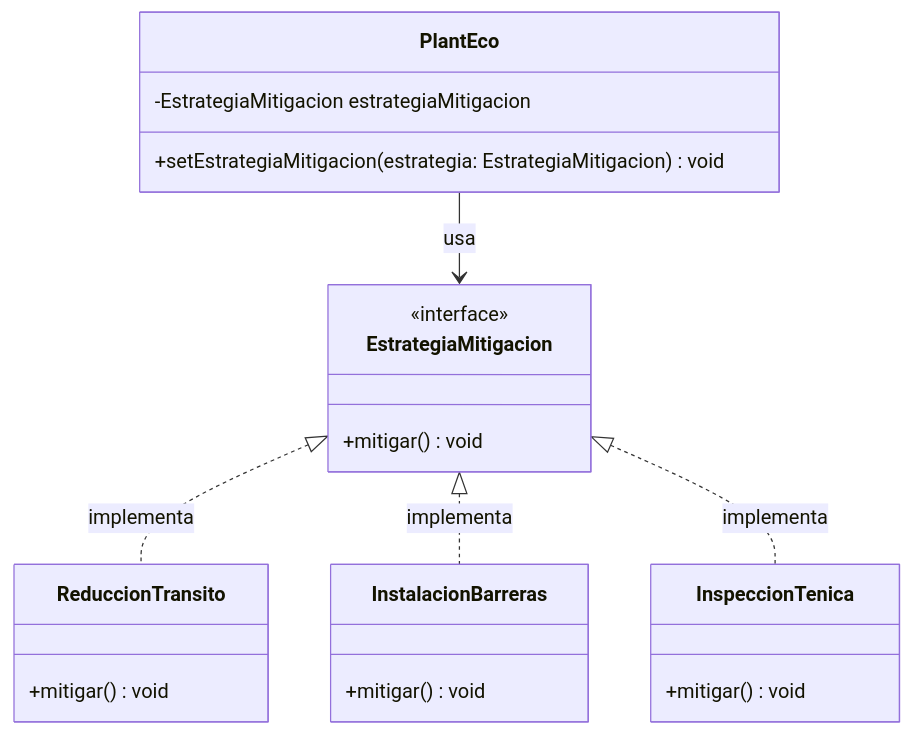
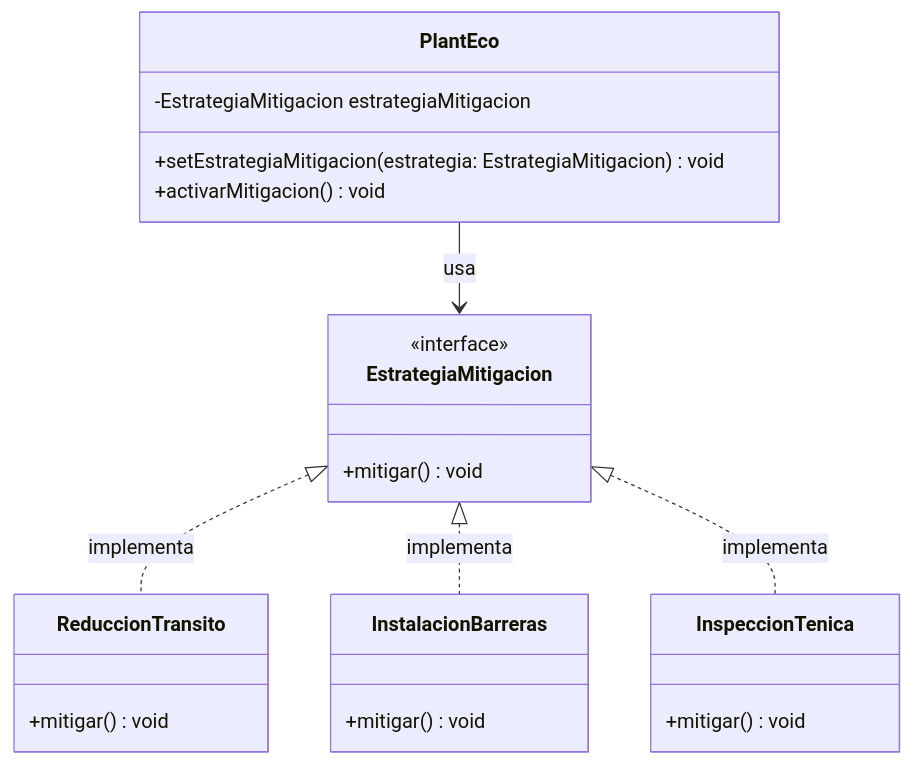
One commit to ElianDFernandez/UNLP-APU changed the diagram in 3°Año/1°Semestre/OO2/Parciales/Parcial-1/Resolucion(strategy).md. Above: the diagram before and after it, drawn with Mermaid. The commit also changed 5 other files, not shown here.

````diff
--- a/3°Año/1°Semestre/OO2/Parciales/Parcial-1/Resolucion(strategy).md
+++ b/3°Año/1°Semestre/OO2/Parciales/Parcial-1/Resolucion(strategy).md
@@ -14,29 +14,30 @@
 ```mermaid
 classDiagram
     class PlantEco {
         -EstrategiaMitigacion estrategiaMitigacion
         +setEstrategiaMitigacion(estrategia: EstrategiaMitigacion) void
+        +activarMitigacion() void
     }
 
     class EstrategiaMitigacion {
         <<interface>>
         +mitigar() void
     }
 
     class ReduccionTransito {
         +mitigar() void
     }
 
     class InstalacionBarreras {
         +mitigar() void
     }
 
     class InspeccionTenica {
         +mitigar() void
     }
 
     PlantEco --> EstrategiaMitigacion : usa
     EstrategiaMitigacion <|.. ReduccionTransito : implementa
     EstrategiaMitigacion <|.. InstalacionBarreras : implementa
     EstrategiaMitigacion <|.. InspeccionTenica : implementa
 ```
````
